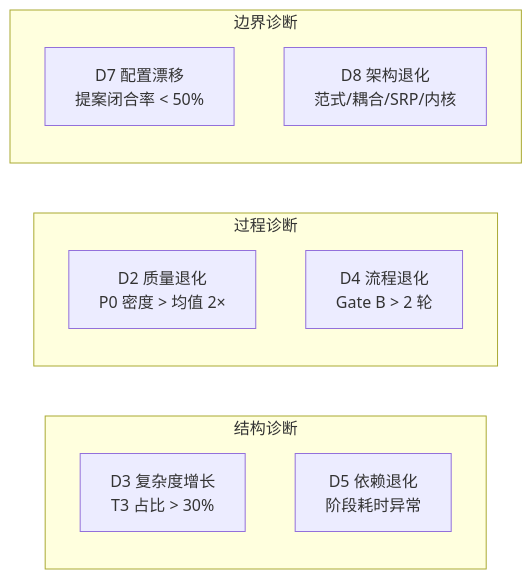
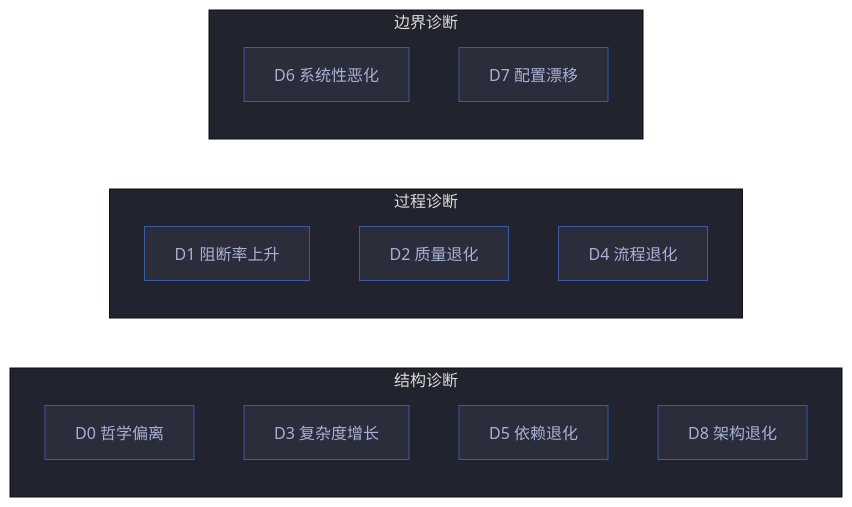
Before and after one commit to effiy/YrY: the fourth of 10 diagrams in skills/rui-yry/rules/self-improve.md, drawn with Mermaid. The commit also changed other lines of this file and 1028 other files, not shown here.

````diff
--- a/skills/rui-yry/rules/self-improve.md
+++ b/skills/rui-yry/rules/self-improve.md
@@ -115,20 +140,28 @@
 ```mermaid
+%%{init: {'theme': 'base', 'themeVariables': {
+  'primaryColor': '#1e1f2b',
+  'primaryTextColor': '#a9b1d6',
+  'primaryBorderColor': '#3d59a1',
+  'lineColor': '#3d59a1',
+  'secondaryColor': '#2b2d3b',
+  'tertiaryColor': '#21232f'
+}}}%%
 flowchart LR
     subgraph 结构["结构诊断"]
-        direction TB
-        D3["D3 复杂度增长<br/>T3 占比 > 30%"]:::diag
-        D5["D5 依赖退化<br/>阶段耗时异常"]:::diag
+        D0["D0 哲学偏离"]:::diag
+        D3["D3 复杂度增长"]:::diag
+        D5["D5 依赖退化"]:::diag
+        D8["D8 架构退化"]:::diag
     end
     subgraph 过程["过程诊断"]
-        direction TB
-        D2["D2 质量退化<br/>P0 密度 > 均值 2×"]:::diag
-        D4["D4 流程退化<br/>Gate B > 2 轮"]:::diag
+        D1["D1 阻断率上升"]:::diag
+        D2["D2 质量退化"]:::diag
+        D4["D4 流程退化"]:::diag
     end
     subgraph 边界["边界诊断"]
-        direction TB
-        D7["D7 配置漂移<br/>提案闭合率 < 50%"]:::diag
-        D8["D8 架构退化<br/>范式/耦合/SRP/内核"]:::diag
+        D6["D6 系统性恶化"]:::diag
+        D7["D7 配置漂移"]:::diag
     end
 
-
+    classDef diag fill:#2b2d3b,stroke:#3d59a1,color:#a9b1d6
 ```
````
